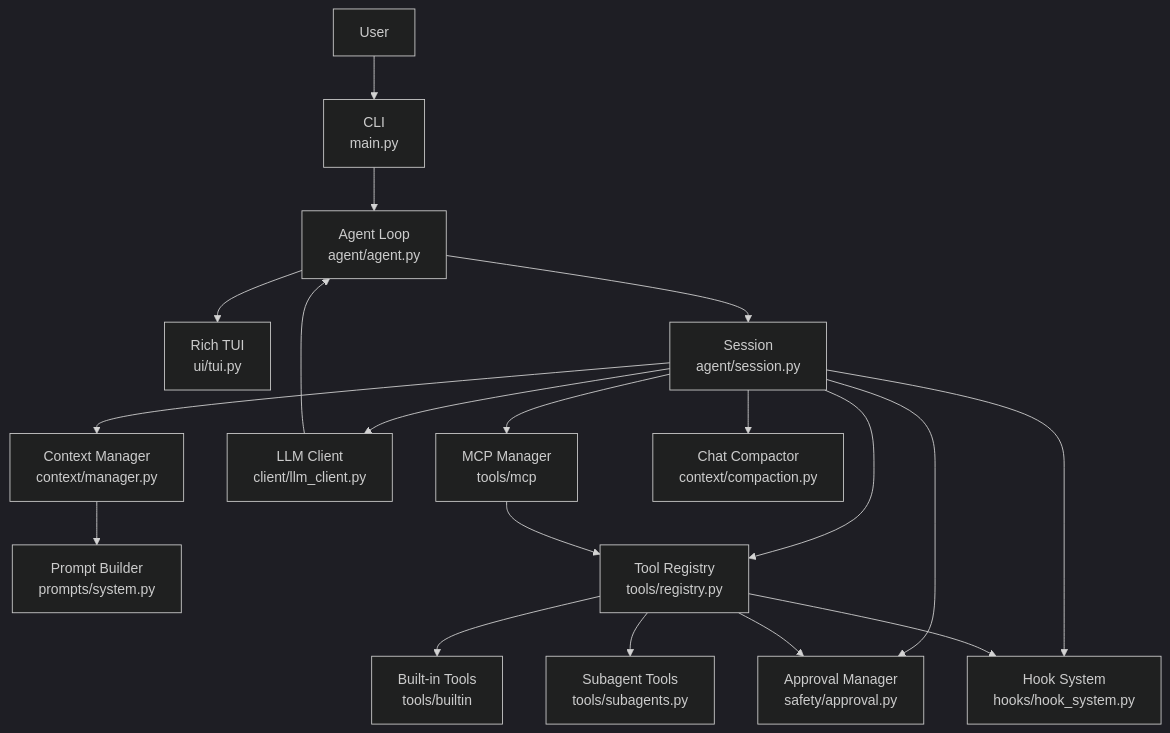
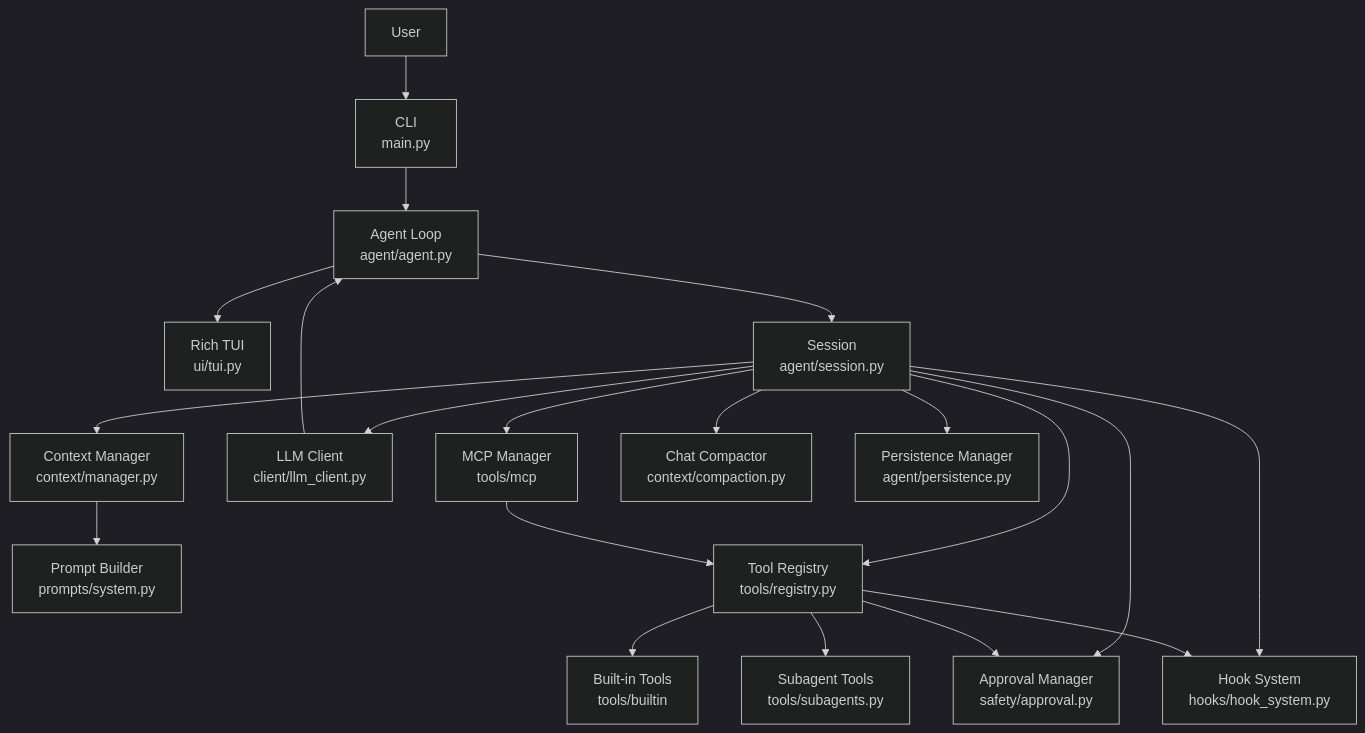
The first of 5 diagrams in README.MD (MohitGoyal09/AgentForge), drawn with Mermaid (dark theme) before and after one commit. The commit also changed other lines of this file and 7 other files, not shown here.

First line of the commit message:
Add Session Persistence and Command Enhancements

````diff
--- a/README.MD
+++ b/README.MD
@@ -28,40 +28,42 @@
 ```mermaid
 flowchart TB
     accTitle: AgentForge System Architecture
     accDescr: The CLI sends user messages to the agent session. The session owns model access, context, tools, MCP clients, safety checks, hooks, and UI events.
 
     user["User"]
     cli["CLI<br/>main.py"]
     tui["Rich TUI<br/>ui/tui.py"]
     agent["Agent Loop<br/>agent/agent.py"]
     session["Session<br/>agent/session.py"]
     context["Context Manager<br/>context/manager.py"]
     prompts["Prompt Builder<br/>prompts/system.py"]
     client["LLM Client<br/>client/llm_client.py"]
     registry["Tool Registry<br/>tools/registry.py"]
     tools["Built-in Tools<br/>tools/builtin"]
     mcp["MCP Manager<br/>tools/mcp"]
     approvals["Approval Manager<br/>safety/approval.py"]
     hooks["Hook System<br/>hooks/hook_system.py"]
     compaction["Chat Compactor<br/>context/compaction.py"]
+    persistence["Persistence Manager<br/>agent/persistence.py"]
     subagents["Subagent Tools<br/>tools/subagents.py"]
 
     user --> cli
     cli --> agent
     agent --> session
     agent --> tui
     session --> context
     context --> prompts
     session --> client
     session --> registry
     session --> mcp
     session --> approvals
     session --> hooks
     session --> compaction
+    session --> persistence
     registry --> tools
     registry --> subagents
     mcp --> registry
     registry --> approvals
     registry --> hooks
     client --> agent
 ```
````
